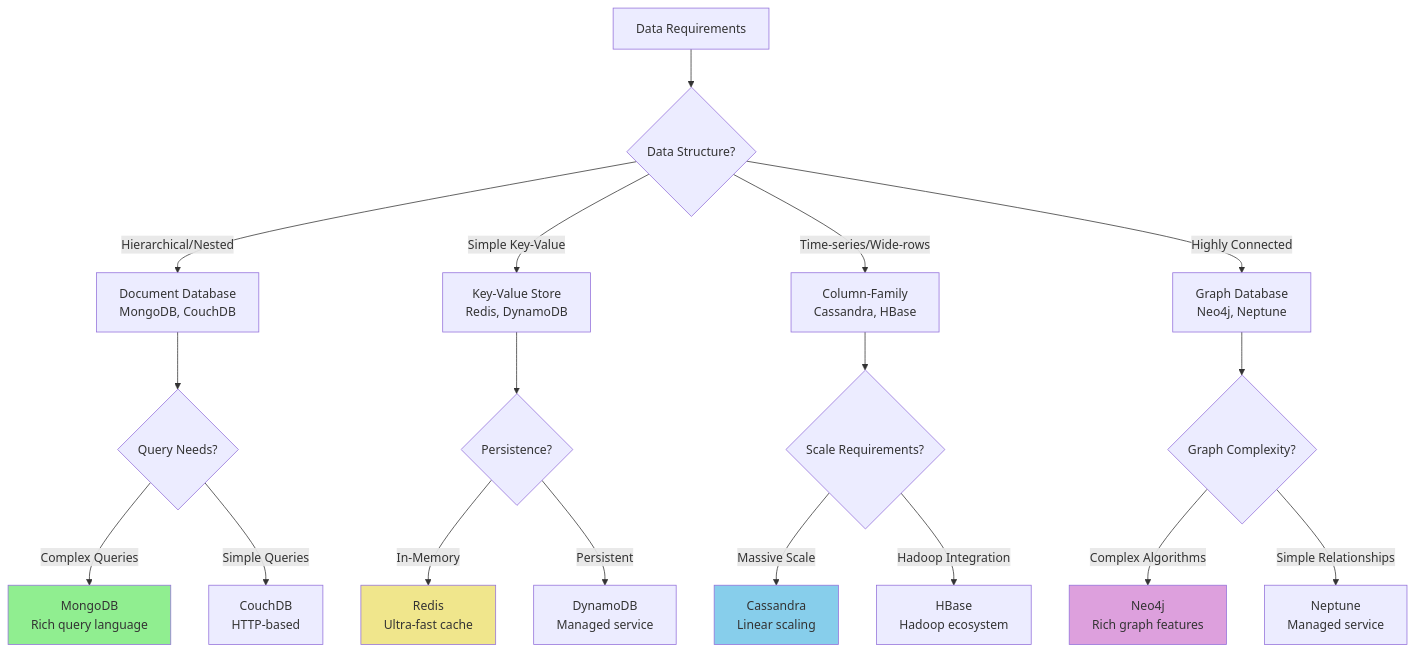
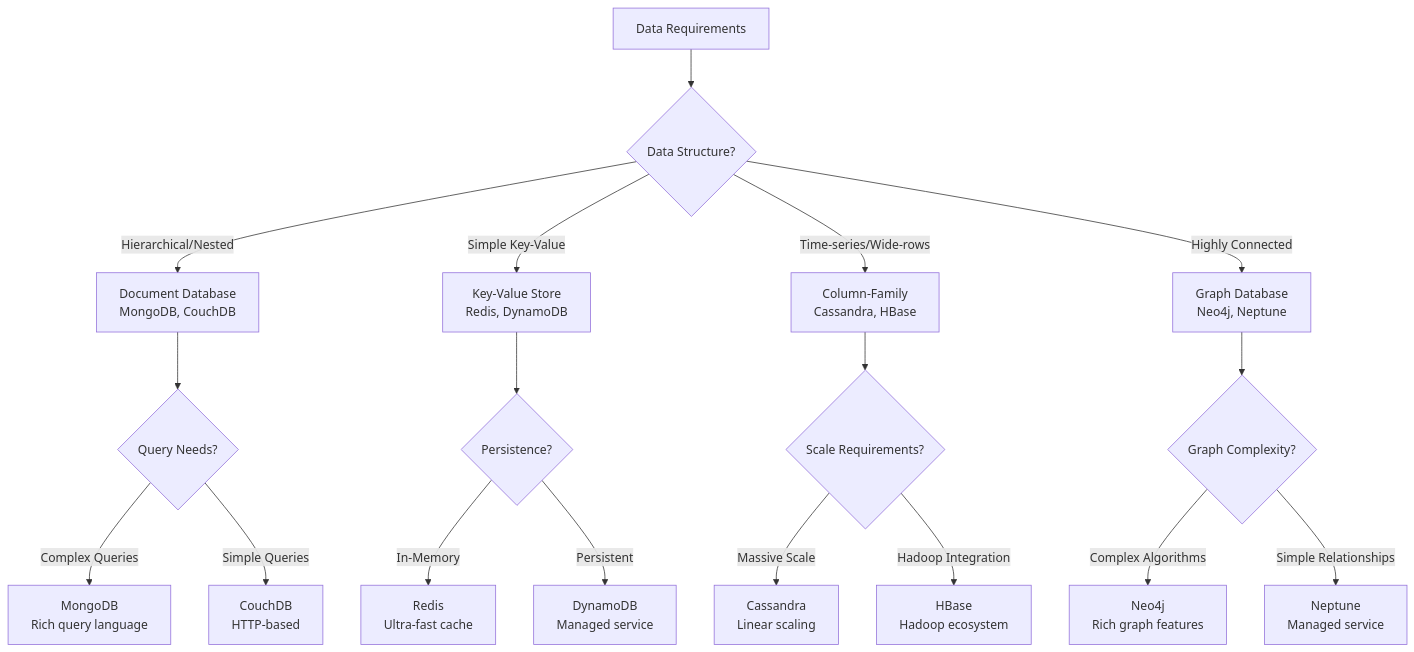
One commit to Ritahchanger/system_design changed diagram 13 of 15 in databases/docs/nosql.md. Above: the diagram before and after it, drawn with Mermaid. The commit also changed other lines of this file and 5 other files, not shown here.

Commit message:
Updated visual diagrams and added readme for database case studies

````diff
--- a/databases/docs/nosql.md
+++ b/databases/docs/nosql.md
@@ -544,30 +516,25 @@
 ```mermaid
 flowchart TD
     Start[Data Requirements] --> Structure{Data Structure?}
     
     Structure -->|Hierarchical/Nested| Document[Document Database<br/>MongoDB, CouchDB]
     Structure -->|Simple Key-Value| KeyValue[Key-Value Store<br/>Redis, DynamoDB]
     Structure -->|Time-series/Wide-rows| ColumnFamily[Column-Family<br/>Cassandra, HBase]
     Structure -->|Highly Connected| Graph[Graph Database<br/>Neo4j, Neptune]
     
     Document --> DocDecision{Query Needs?}
     DocDecision -->|Complex Queries| MongoDB[MongoDB<br/>Rich query language]
     DocDecision -->|Simple Queries| CouchDB[CouchDB<br/>HTTP-based]
     
     KeyValue --> KVDecision{Persistence?}
     KVDecision -->|In-Memory| Redis[Redis<br/>Ultra-fast cache]
     KVDecision -->|Persistent| DynamoDB[DynamoDB<br/>Managed service]
     
     ColumnFamily --> CFDecision{Scale Requirements?}
     CFDecision -->|Massive Scale| Cassandra[Cassandra<br/>Linear scaling]
     CFDecision -->|Hadoop Integration| HBase[HBase<br/>Hadoop ecosystem]
     
     Graph --> GraphDecision{Graph Complexity?}
     GraphDecision -->|Complex Algorithms| Neo4j[Neo4j<br/>Rich graph features]
     GraphDecision -->|Simple Relationships| Neptune[Neptune<br/>Managed service]
-    
-    style MongoDB fill:#90EE90
-    style Redis fill:#F0E68C
-    style Cassandra fill:#87CEEB
-    style Neo4j fill:#DDA0DD
 ```
````
